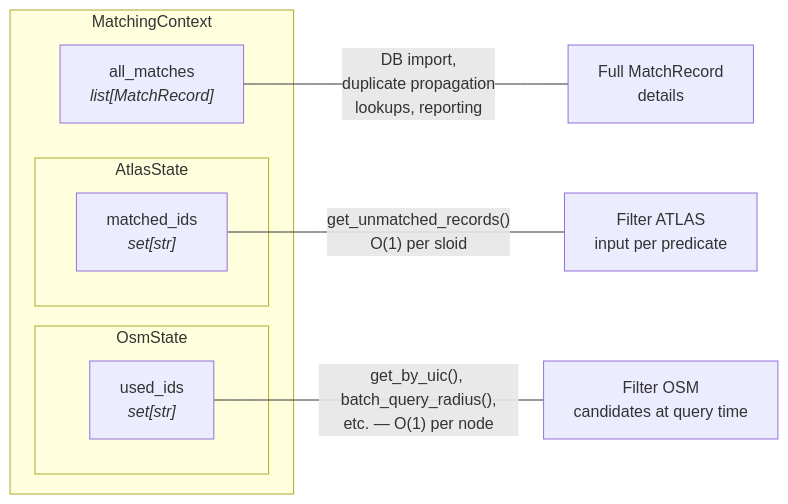
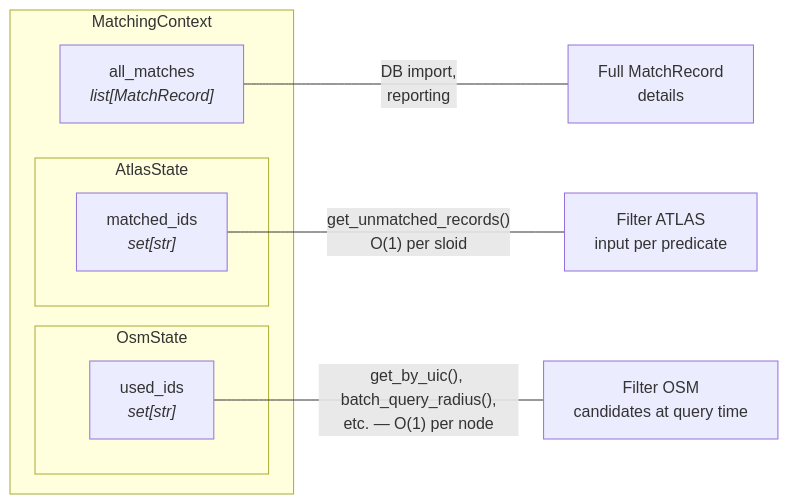
The fifth of 5 diagrams in documentation/2. Matching process.md (openTdataCH/stop_sync_osm_atlas), drawn with Mermaid before and after one commit. The commit also changed other lines of this file and 66 other files, not shown here.

````diff
--- a/documentation/2. Matching process.md
+++ b/documentation/2. Matching process.md
@@ -357,16 +397,16 @@
 ```mermaid
 flowchart LR
     subgraph MatchingContext
         AM["all_matches<br/><i>list[MatchRecord]</i>"]
         subgraph AtlasState
             MI["matched_ids<br/><i>set[str]</i>"]
         end
         subgraph OsmState
             UI["used_ids<br/><i>set[str]</i>"]
         end
     end
 
-    AM ---|"DB import,<br/>duplicate propagation<br/>lookups, reporting"| C1["Full MatchRecord<br/>details"]
+    AM ---|"DB import,<br/>reporting"| C1["Full MatchRecord<br/>details"]
     MI ---|"get_unmatched_records()<br/>O(1) per sloid"| C2["Filter ATLAS<br/>input per predicate"]
     UI ---|"get_by_uic(), batch_query_radius(),<br/>etc. — O(1) per node"| C3["Filter OSM<br/>candidates at query time"]
 ```
````
